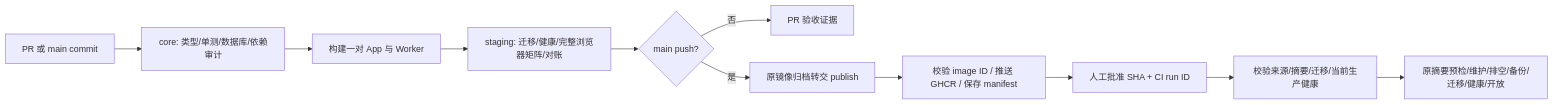
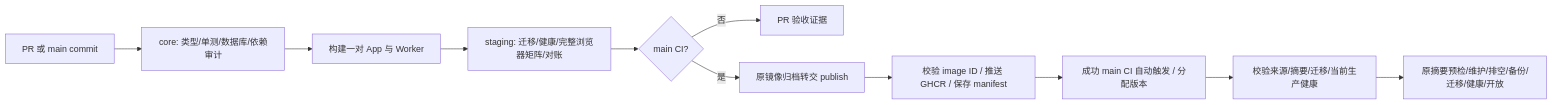
The diagram in docs/RELEASE-PIPELINE.md (Jin070810/miaomiaojianjituan), drawn with Mermaid before and after one commit. The commit also changed other lines of this file and 24 other files, not shown here.

````diff
--- a/docs/RELEASE-PIPELINE.md
+++ b/docs/RELEASE-PIPELINE.md
@@ -7,13 +7,13 @@
 ```mermaid
 flowchart LR
   A[PR 或 main commit] --> B[core: 类型/单测/数据库/依赖审计]
   B --> C[构建一对 App 与 Worker]
   C --> D[staging: 迁移/健康/完整浏览器矩阵/对账]
-  D --> E{main push?}
+  D --> E{main CI?}
   E -->|否| F[PR 验收证据]
   E -->|是| G[原镜像归档转交 publish]
   G --> H[校验 image ID / 推送 GHCR / 保存 manifest]
-  H --> I[人工批准 SHA + CI run ID]
+  H --> I[成功 main CI 自动触发 / 分配版本]
   I --> J[校验来源/摘要/迁移/当前生产健康]
   J --> K[原摘要预检/维护/排空/备份/迁移/健康/开放]
 ```
````
